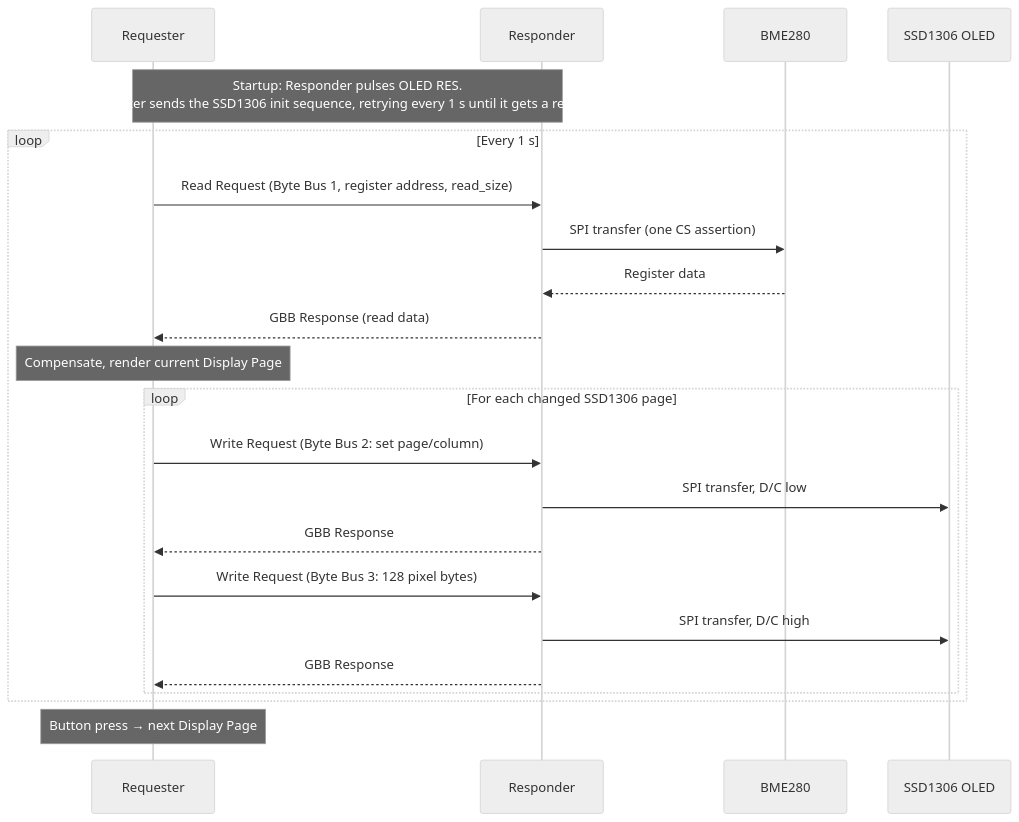
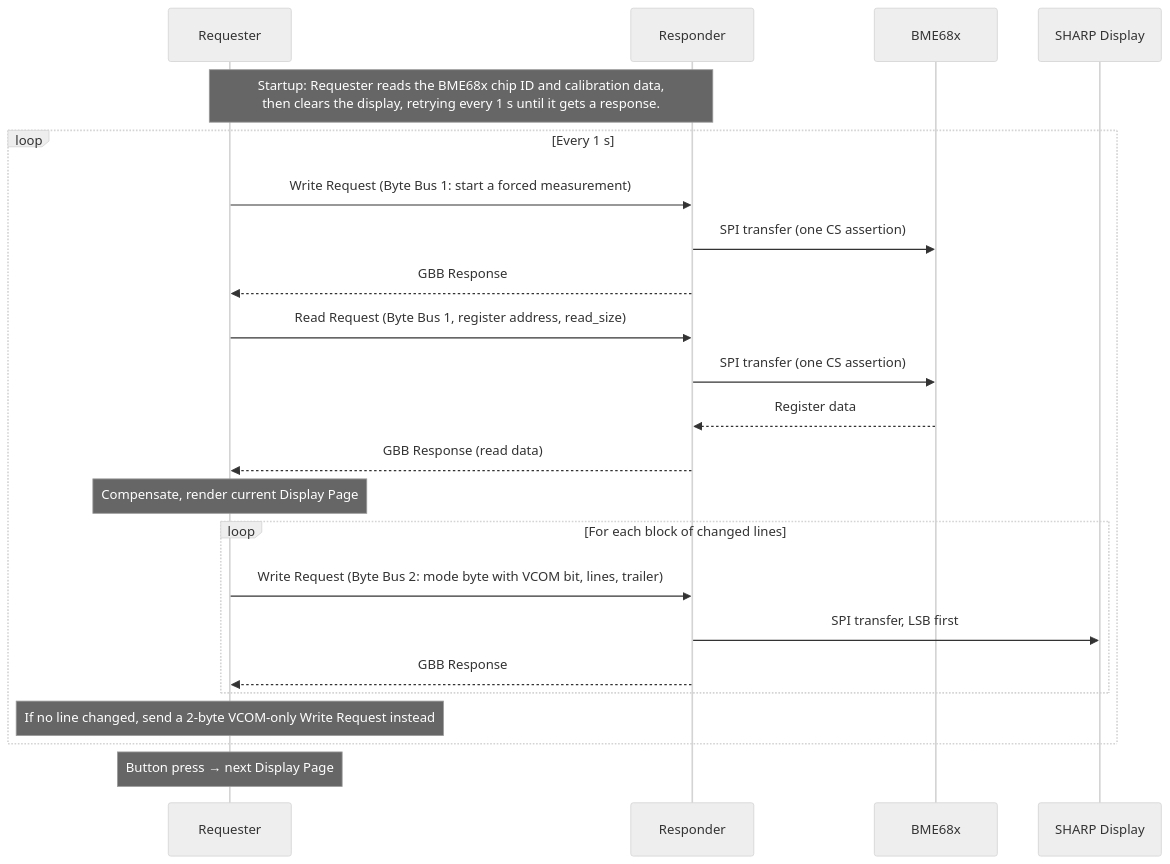
The second of 2 diagrams in docs/architecture.md (Kartoffelbauer/rts-open1722-remote-spi), drawn with Mermaid (neutral theme) before and after one commit. The commit also changed other lines of this file and 8 other files, not shown here.

````diff
--- a/docs/architecture.md
+++ b/docs/architecture.md
@@ -114,25 +115,26 @@
 ```mermaid
 sequenceDiagram
     participant A as Requester
     participant B as Responder
-    participant S as BME280
-    participant O as SSD1306 OLED
+    participant S as BME68x
+    participant O as SHARP Display
 
-    Note over A,B: Startup: Responder pulses OLED RES.<br/>Requester sends the SSD1306 init sequence, retrying every 1 s until it gets a response.
+    Note over A,B: Startup: Requester reads the BME68x chip ID and calibration data,<br/>then clears the display, retrying every 1 s until it gets a response.
     loop Every 1 s
+        A->>B: Write Request (Byte Bus 1: start a forced measurement)
+        B->>S: SPI transfer (one CS assertion)
+        B-->>A: GBB Response
         A->>B: Read Request (Byte Bus 1, register address, read_size)
         B->>S: SPI transfer (one CS assertion)
         S-->>B: Register data
         B-->>A: GBB Response (read data)
         Note over A: Compensate, render current Display Page
-        loop For each changed SSD1306 page
-            A->>B: Write Request (Byte Bus 2: set page/column)
-            B->>O: SPI transfer, D/C low
-            B-->>A: GBB Response
-            A->>B: Write Request (Byte Bus 3: 128 pixel bytes)
-            B->>O: SPI transfer, D/C high
+        loop For each block of changed lines
+            A->>B: Write Request (Byte Bus 2: mode byte with VCOM bit, lines, trailer)
+            B->>O: SPI transfer, LSB first
             B-->>A: GBB Response
         end
+        Note over A: If no line changed, send a 2-byte VCOM-only Write Request instead
     end
     Note over A: Button press → next Display Page
 ```
````
